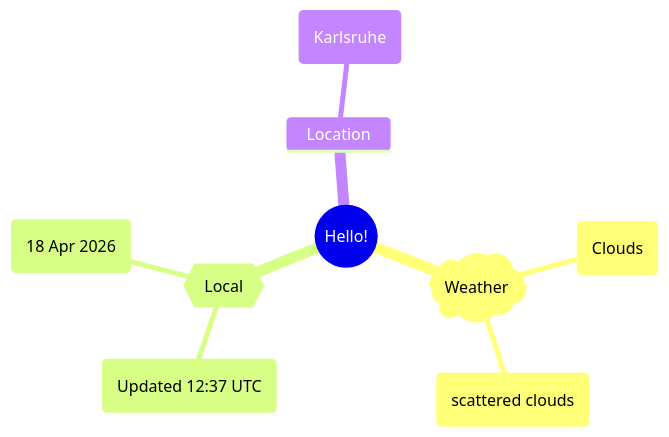
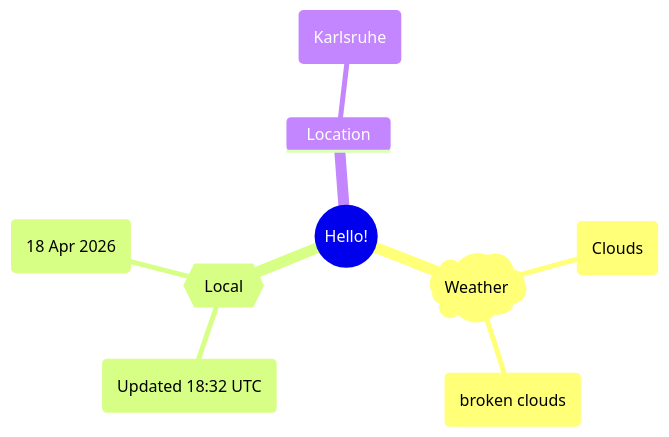
Before and after one commit to Xosrov/Xosrov: the first of 2 diagrams in README.md, drawn with Mermaid.

Commit message:
[bot] updated images

````diff
--- a/README.md
+++ b/README.md
@@ -3,12 +3,12 @@
 ```mermaid
 mindmap
   root((Hello!))
     )Weather(
         (Clouds)
-        (scattered clouds)
+        (broken clouds)
     {{Local}}
-        (Updated 12:37 UTC)
+        (Updated 18:32 UTC)
         (18 Apr 2026)
     Location
         (Karlsruhe)
 ```
````
